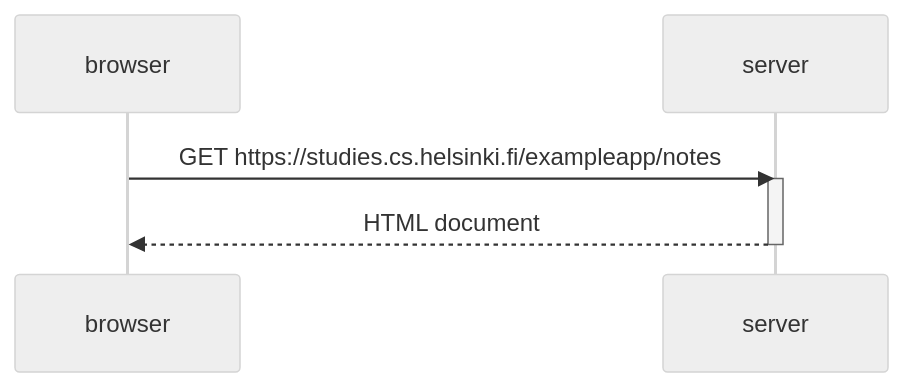
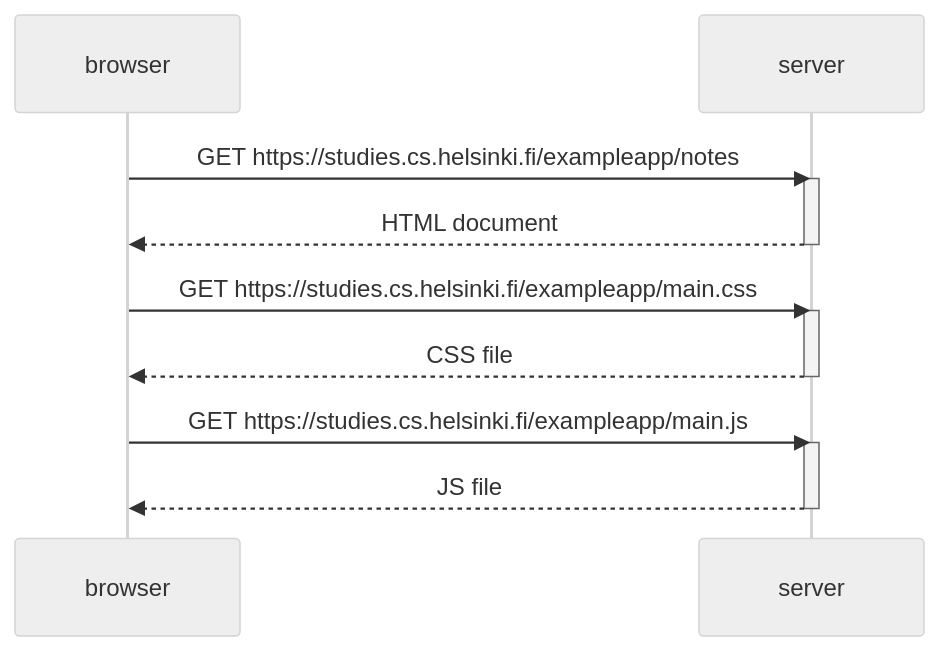
Before and after one commit to matisanabria/fullstackopen: the diagram in part0/diagram.md, drawn with Mermaid (neutral theme).

Commit message:
CSS and JS chamges

````diff
--- a/part0/diagram.md
+++ b/part0/diagram.md
@@ -1,11 +1,21 @@
 ```mermaid
 sequenceDiagram
     participant browser
     participant server
 
     browser->>server: GET https://studies.cs.helsinki.fi/exampleapp/notes
     activate server
     server-->>browser: HTML document
     deactivate server
 
+    browser->>server: GET https://studies.cs.helsinki.fi/exampleapp/main.css
+    activate server
+    server-->>browser: CSS file
+    deactivate server
+
+    browser->>server: GET https://studies.cs.helsinki.fi/exampleapp/main.js
+    activate server
+    server-->>browser: JS file
+    deactivate server
+
 ```
````
